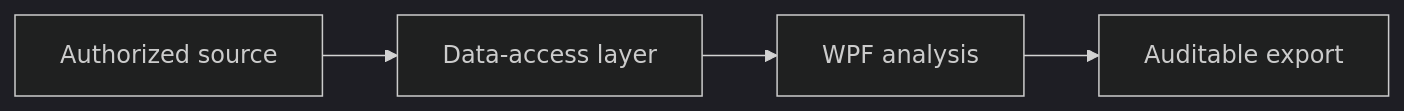
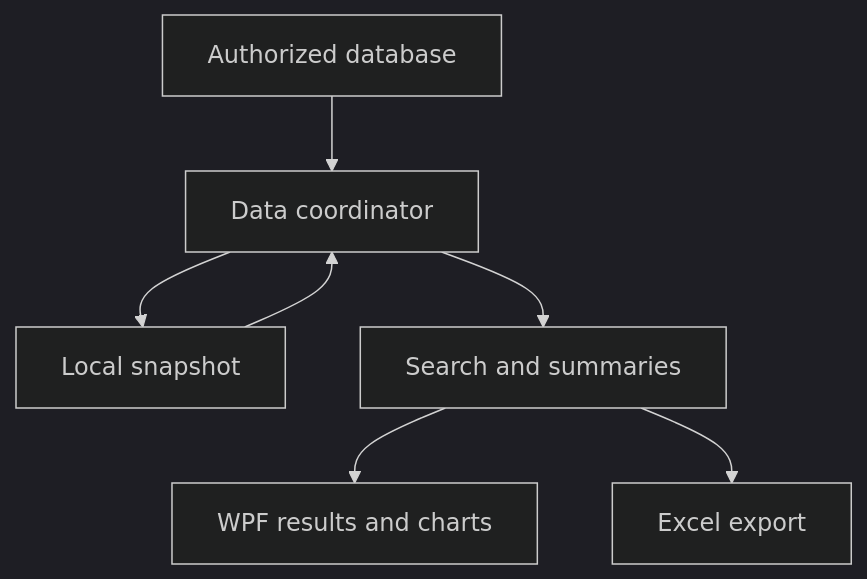
The diagram in projects/price-explorer/README.md (meverhart913/manufacturing-analytics-portfolio), drawn with Mermaid (dark theme) before and after one commit. The commit also changed other lines of this file and 27 other files, not shown here.

````diff
--- a/projects/price-explorer/README.md
+++ b/projects/price-explorer/README.md
@@ -16,6 +53,9 @@
 ```mermaid
-flowchart LR
-    A[Authorized source] --> B[Data-access layer]
-    B --> C[WPF analysis]
-    C --> D[Auditable export]
+flowchart TD
+    A[Authorized database] --> B[Data coordinator]
+    C[Local snapshot] --> B
+    B --> C
+    B --> D[Search and summaries]
+    D --> E[WPF results and charts]
+    D --> F[Excel export]
 ```
````
